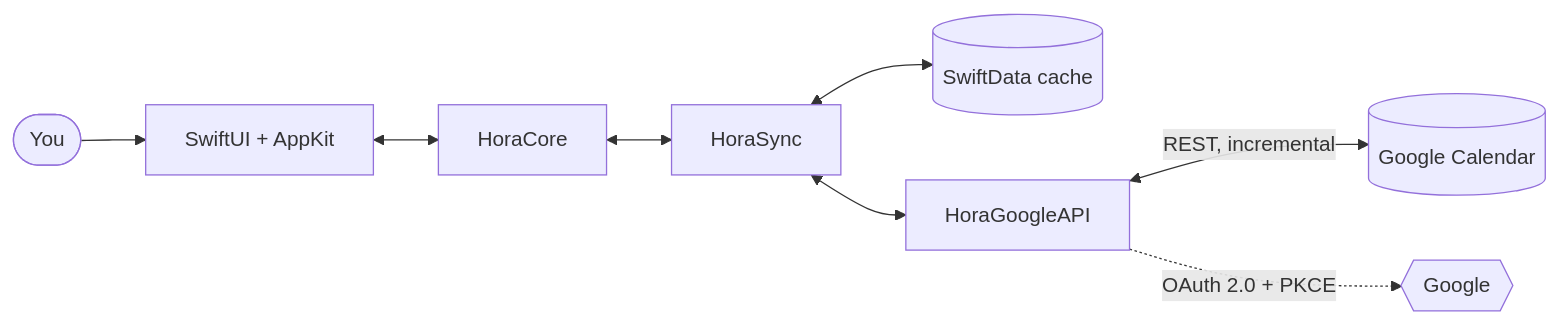
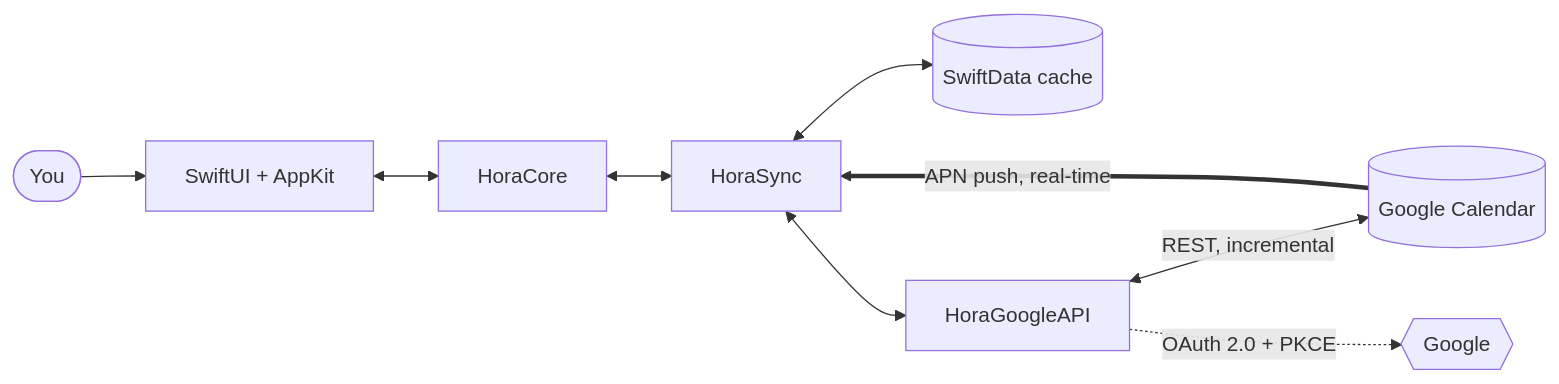
One commit to szamski/hora-web changed the diagram in README.md. Above: the diagram before and after it, drawn with Mermaid. The commit also changed other lines of this file, not shown here.

Commit message:
README: add APN push sync, reorder roadmap (AI now, iOS next), add Discord + Bluesky links

````diff
--- a/README.md
+++ b/README.md
@@ -109,10 +112,11 @@
 ```mermaid
 flowchart LR
   U([You]) --> UI[SwiftUI + AppKit]
   UI <--> Core[HoraCore]
   Core <--> Sync[HoraSync]
   Sync <--> Cache[(SwiftData cache)]
   Sync <--> API[HoraGoogleAPI]
   API <-->|REST, incremental| GCal[(Google Calendar)]
   API -.->|OAuth 2.0 + PKCE| Google{{Google}}
+  GCal ==>|APN push, real-time| Sync
 ```
````
